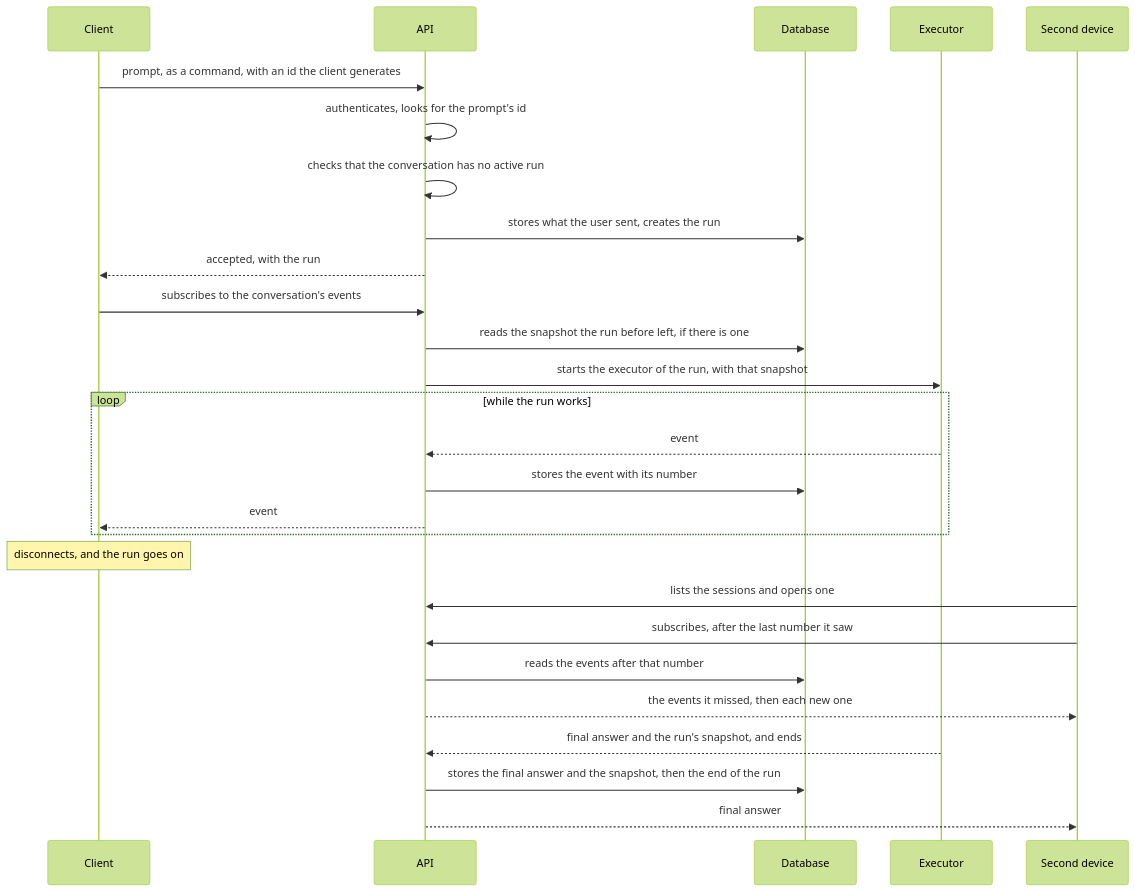
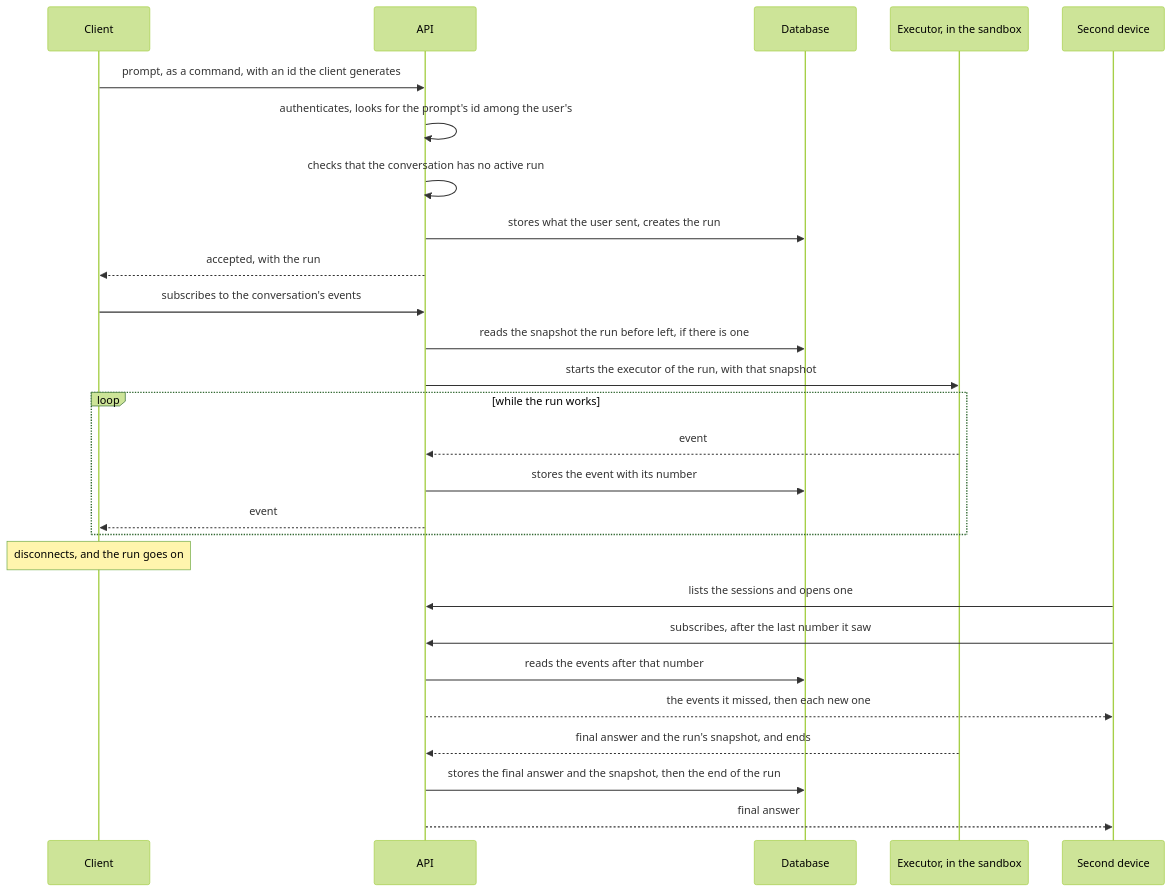
One commit to Mikode13/harness-docs changed the diagram in flows/prompt-and-reconnect.md. Above: the diagram before and after it, drawn with Mermaid (forest theme). The commit also changed other lines of this file and 14 other files, not shown here.

````diff
--- a/flows/prompt-and-reconnect.md
+++ b/flows/prompt-and-reconnect.md
@@ -13,34 +13,34 @@
 ```mermaid
 sequenceDiagram
     participant C as Client
     participant A as API
     participant D as Database
-    participant E as Executor
+    participant E as Executor, in the sandbox
     participant S as Second device
 
     C->>A: prompt, as a command, with an id the client generates
-    A->>A: authenticates, looks for the prompt's id
+    A->>A: authenticates, looks for the prompt's id among the user's
     A->>A: checks that the conversation has no active run
     A->>D: stores what the user sent, creates the run
     A-->>C: accepted, with the run
     C->>A: subscribes to the conversation's events
     A->>D: reads the snapshot the run before left, if there is one
     A->>E: starts the executor of the run, with that snapshot
 
     loop while the run works
         E-->>A: event
         A->>D: stores the event with its number
         A-->>C: event
     end
 
     Note over C: disconnects, and the run goes on
 
     S->>A: lists the sessions and opens one
     S->>A: subscribes, after the last number it saw
     A->>D: reads the events after that number
     A-->>S: the events it missed, then each new one
 
     E-->>A: final answer and the run's snapshot, and ends
     A->>D: stores the final answer and the snapshot, then the end of the run
     A-->>S: final answer
 ```
````
